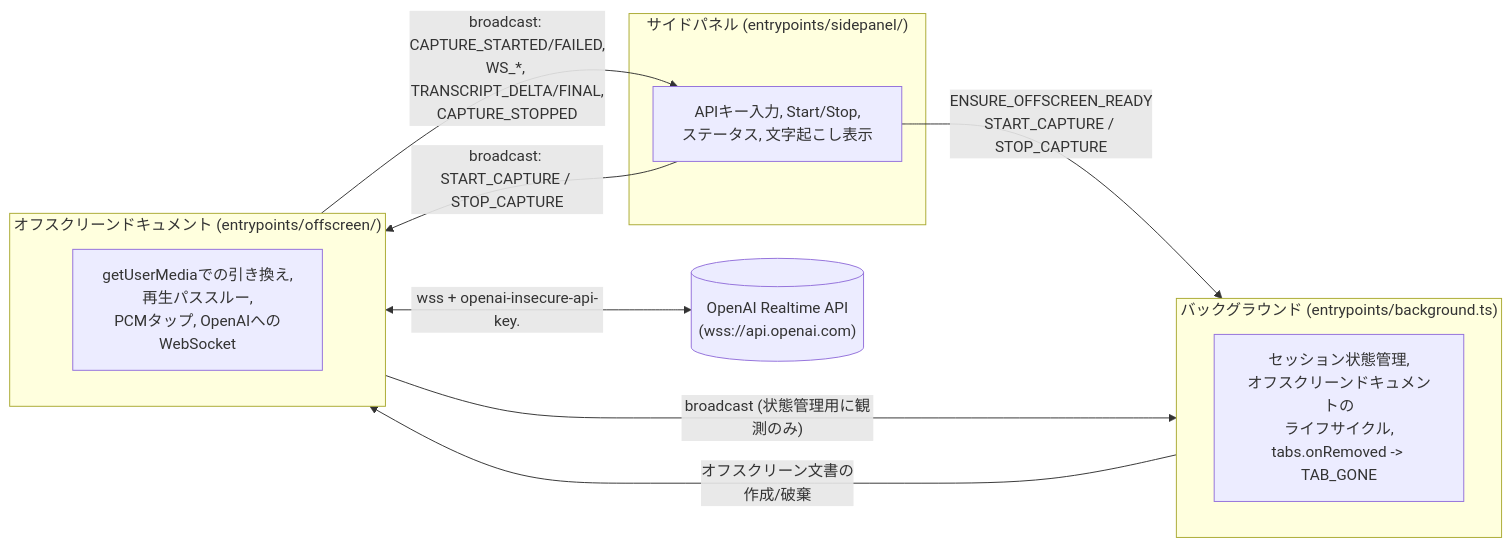
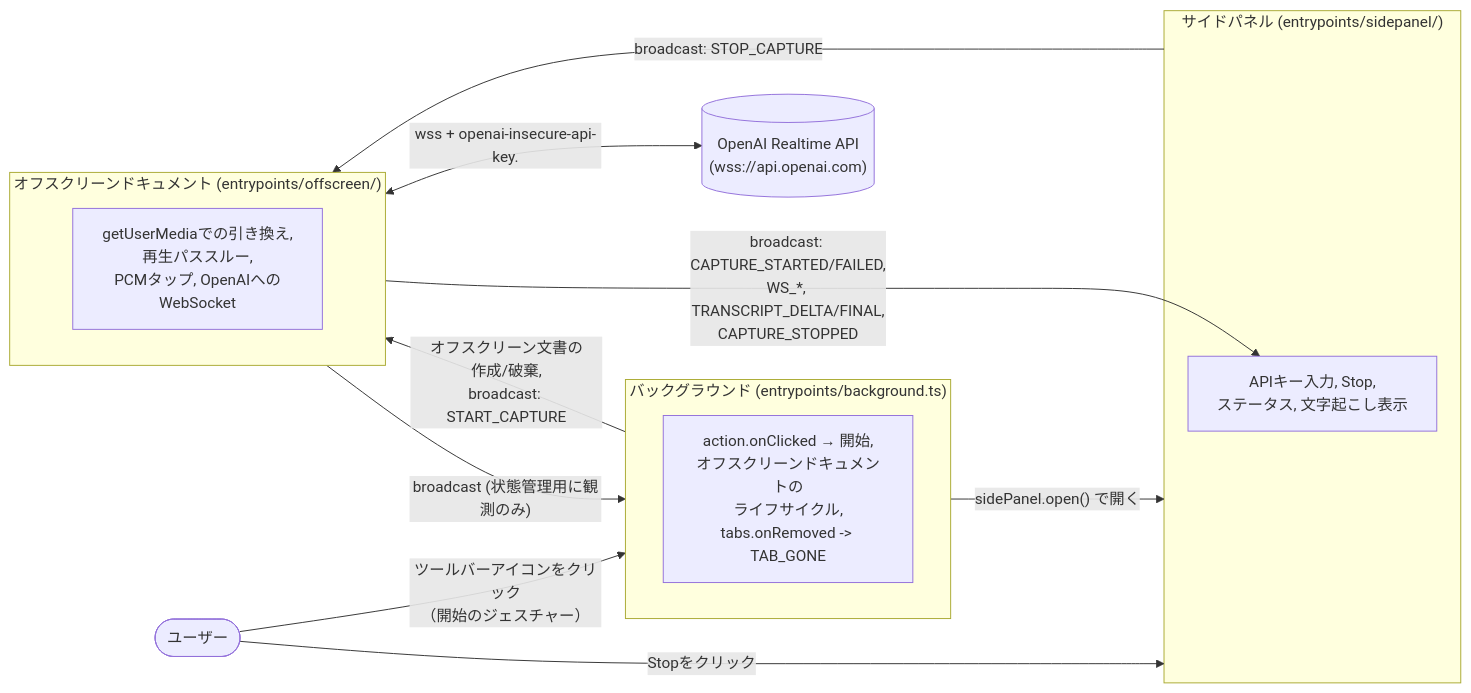
The first of 3 diagrams in docs/1-koemieru-mvp/design.md (satoryu/koemieru), drawn with Mermaid before and after one commit. The commit also changed other lines of this file and 6 other files, not shown here.

````diff
--- a/docs/1-koemieru-mvp/design.md
+++ b/docs/1-koemieru-mvp/design.md
@@ -9,20 +11,23 @@
 ```mermaid
 flowchart LR
+    User(["ユーザー"])
     subgraph SP["サイドパネル (entrypoints/sidepanel/)"]
-        UI["APIキー入力, Start/Stop,\nステータス, 文字起こし表示"]
+        UI["APIキー入力, Stop,\nステータス, 文字起こし表示"]
     end
     subgraph BG["バックグラウンド (entrypoints/background.ts)"]
-        Session["セッション状態管理,\nオフスクリーンドキュメントの\nライフサイクル,\ntabs.onRemoved -> TAB_GONE"]
+        Session["action.onClicked → 開始,\nオフスクリーンドキュメントの\nライフサイクル,\ntabs.onRemoved -> TAB_GONE"]
     end
     subgraph OD["オフスクリーンドキュメント (entrypoints/offscreen/)"]
         Pipeline["getUserMediaでの引き換え,\n再生パススルー,\nPCMタップ, OpenAIへのWebSocket"]
     end
     OpenAI[("OpenAI Realtime API\n(wss://api.openai.com)")]
 
-    UI -- "ENSURE_OFFSCREEN_READY\nSTART_CAPTURE / STOP_CAPTURE" --> BG
-    BG -- "オフスクリーン文書の\n作成/破棄" --> OD
-    UI -- "broadcast: START_CAPTURE / STOP_CAPTURE" --> OD
+    User -- "ツールバーアイコンをクリック\n（開始のジェスチャー）" --> BG
+    User -- "Stopをクリック" --> SP
+    BG -- "sidePanel.open() で開く" --> SP
+    BG -- "オフスクリーン文書の\n作成/破棄,\nbroadcast: START_CAPTURE" --> OD
+    SP -- "broadcast: STOP_CAPTURE" --> OD
     OD -- "broadcast: CAPTURE_STARTED/FAILED,\nWS_*, TRANSCRIPT_DELTA/FINAL,\nCAPTURE_STOPPED" --> UI
     OD -- "broadcast (状態管理用に観測のみ)" --> BG
     OD <-- "wss + openai-insecure-api-key.<KEY>" --> OpenAI
 ```
````
